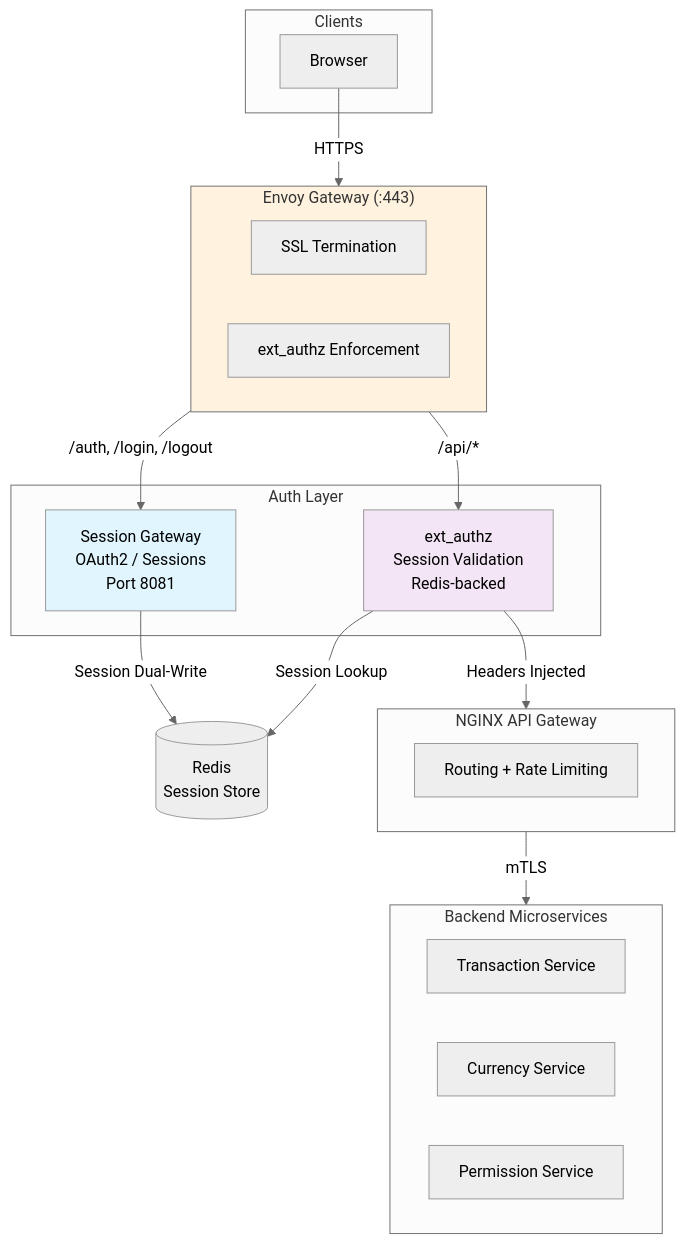
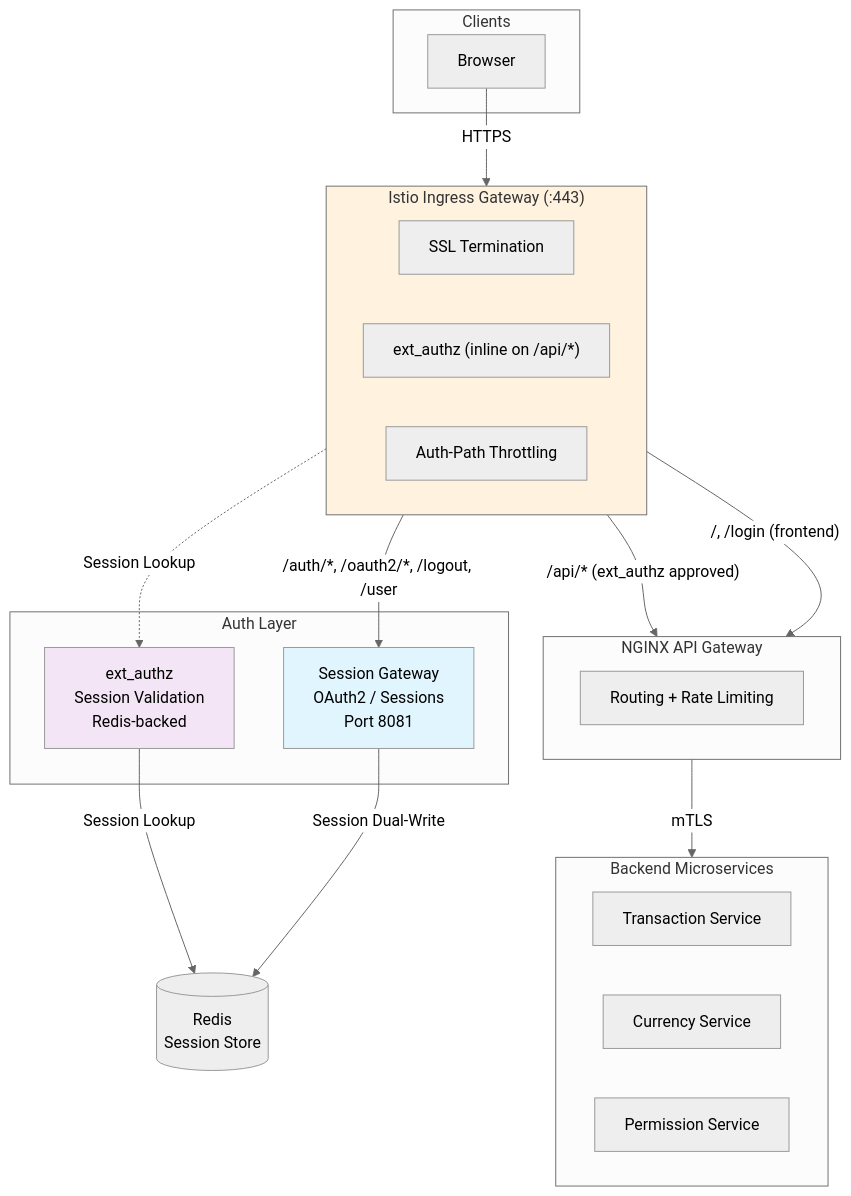
Before and after one commit to budgetanalyzer/.github: the diagram in profile/README.md, drawn with Mermaid (neutral theme). The commit also changed other lines of this file, not shown here.

Commit message:
update architecture docs

````diff
--- a/profile/README.md
+++ b/profile/README.md
@@ -64,42 +64,44 @@
 ```mermaid
 flowchart TB
     subgraph Clients
         Browser[Browser]
     end
 
-    subgraph Gateway["Envoy Gateway (:443)"]
+    subgraph Ingress["Istio Ingress Gateway (:443)"]
         direction LR
         SSL[SSL Termination]
-        EXT[ext_authz Enforcement]
+        EXT["ext_authz (inline on /api/*)"]
+        THROTTLE[Auth-Path Throttling]
     end
 
     subgraph Auth["Auth Layer"]
         SG[Session Gateway<br/>OAuth2 / Sessions<br/>Port 8081]
         EA[ext_authz<br/>Session Validation<br/>Redis-backed]
     end
 
     subgraph Routing["NGINX API Gateway"]
         direction LR
         ROUTE[Routing + Rate Limiting]
     end
 
     subgraph Services["Backend Microservices"]
         TS[Transaction Service]
         CS[Currency Service]
         PS[Permission Service]
     end
 
     Redis[(Redis<br/>Session Store)]
 
-    Browser -->|HTTPS| Gateway
-    Gateway -->|/auth, /login, /logout| SG
-    Gateway -->|/api/*| EA
+    Browser -->|HTTPS| Ingress
+    Ingress -->|"/auth/*, /oauth2/*, /logout, /user"| SG
+    Ingress -->|"/api/* (ext_authz approved)"| Routing
+    Ingress -->|"/, /login (frontend)"| Routing
+    EXT -.->|Session Lookup| EA
+    EA -->|Session Lookup| Redis
     SG -->|Session Dual-Write| Redis
-    EA -->|Session Lookup| Redis
-    EA -->|Headers Injected| Routing
     Routing -->|mTLS| Services
 
     style SG fill:#e1f5fe
     style EA fill:#f3e5f5
-    style Gateway fill:#fff3e0
+    style Ingress fill:#fff3e0
 ```
````
